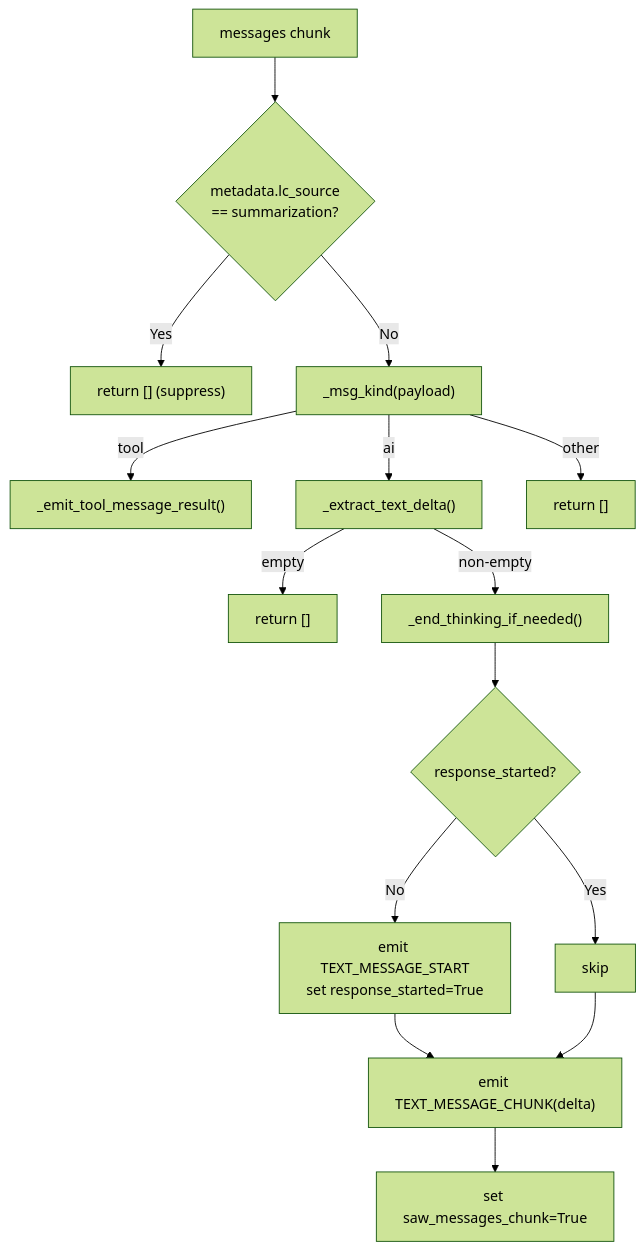
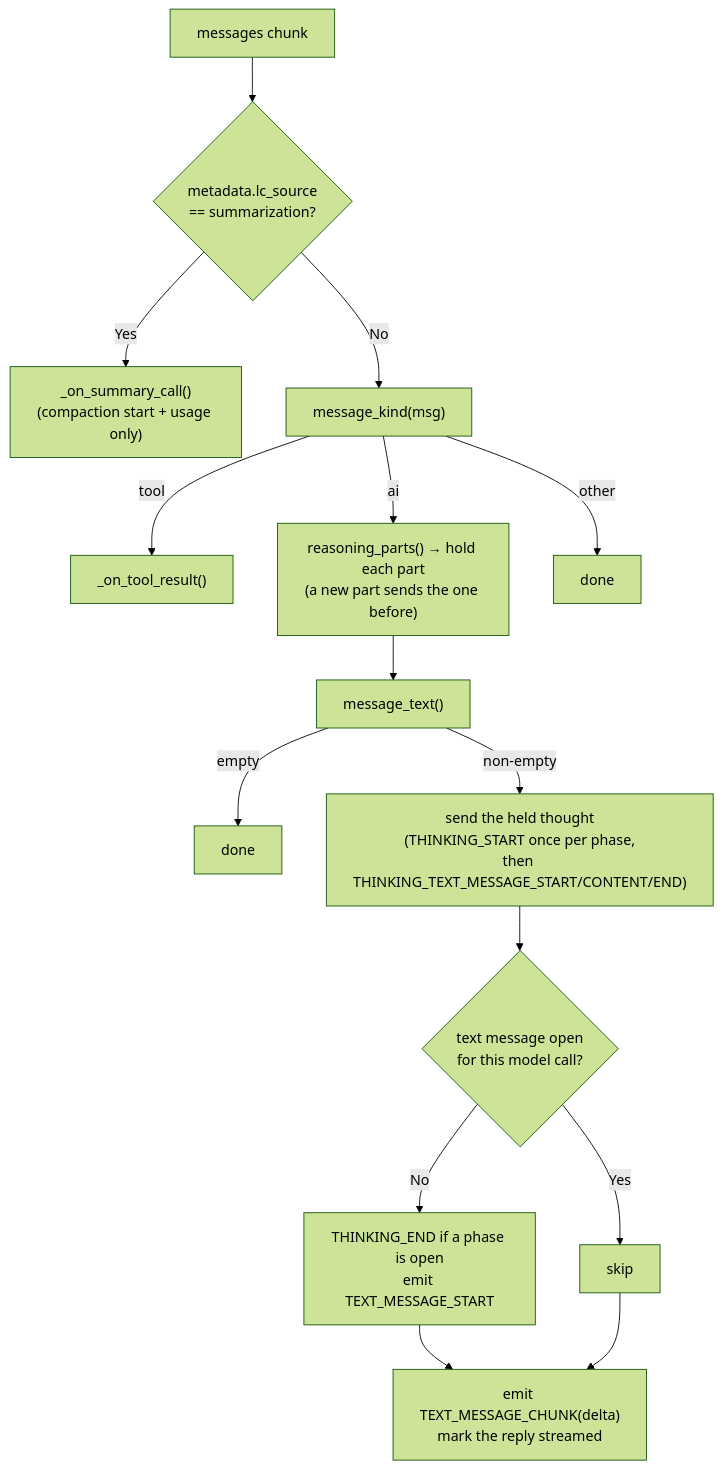
The third of 10 diagrams in docs/development/agui-protocol.md (konstantinosmpouros/mAgenticX), drawn with Mermaid (forest theme) before and after one commit. The commit also changed other lines of this file and 30 other files, not shown here.

Commit message:
refactor(agents): halve the AG-UI normalizer and emitter, send well-ordered thinking and text lifecycles, read every provider's reasoning and text, and let LangGraph nodes and workflows write events through send

````diff
--- a/docs/development/agui-protocol.md
+++ b/docs/development/agui-protocol.md
@@ -302,16 +301,16 @@
 ```mermaid
 flowchart TD
     A["messages chunk"] --> Z{"metadata.lc_source<br/>== summarization?"}
-    Z -->|Yes| Y["return [] (suppress)"]
-    Z -->|No| B["_msg_kind(payload)"]
-    B -->|"tool"| C["_emit_tool_message_result()"]
-    B -->|"ai"| D["_extract_text_delta()"]
-    D -->|empty| E["return []"]
-    D -->|non-empty| F["_end_thinking_if_needed()"]
-    F --> G{response_started?}
-    G -->|No| H["emit TEXT_MESSAGE_START<br/>set response_started=True"]
+    Z -->|Yes| Y["_on_summary_call()<br/>(compaction start + usage only)"]
+    Z -->|No| B["message_kind(msg)"]
+    B -->|"tool"| C["_on_tool_result()"]
+    B -->|"ai"| R["reasoning_parts() → hold each part<br/>(a new part sends the one before)"]
+    R --> D["message_text()"]
+    D -->|empty| E["done"]
+    D -->|non-empty| F["send the held thought<br/>(THINKING_START once per phase,<br/>then THINKING_TEXT_MESSAGE_START/CONTENT/END)"]
+    F --> G{"text message open<br/>for this model call?"}
+    G -->|No| H["THINKING_END if a phase is open<br/>emit TEXT_MESSAGE_START"]
     G -->|Yes| I["skip"]
-    H & I --> J["emit TEXT_MESSAGE_CHUNK(delta)"]
-    J --> K["set saw_messages_chunk=True"]
-    B -->|"other"| L["return []"]
+    H & I --> J["emit TEXT_MESSAGE_CHUNK(delta)<br/>mark the reply streamed"]
+    B -->|"other"| L["done"]
 ```
````
